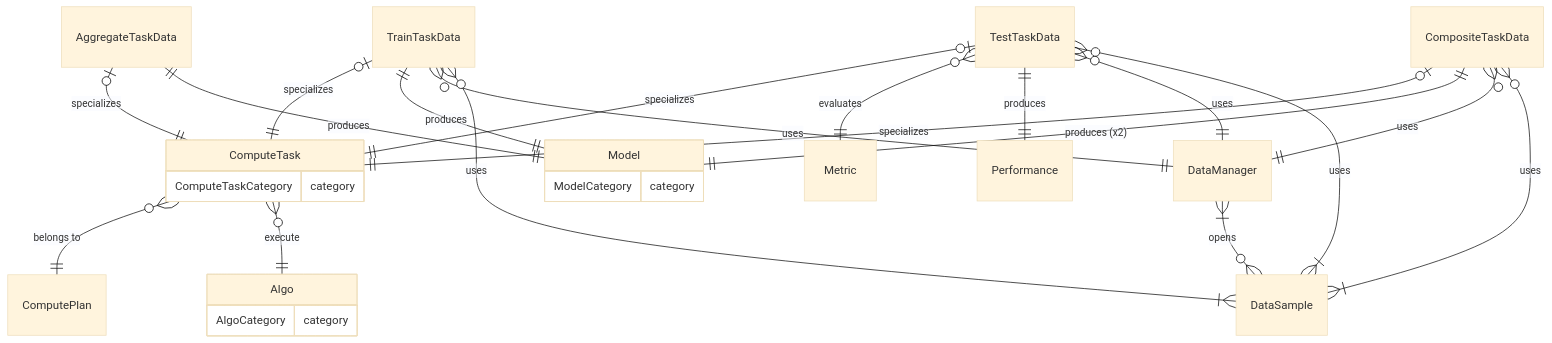
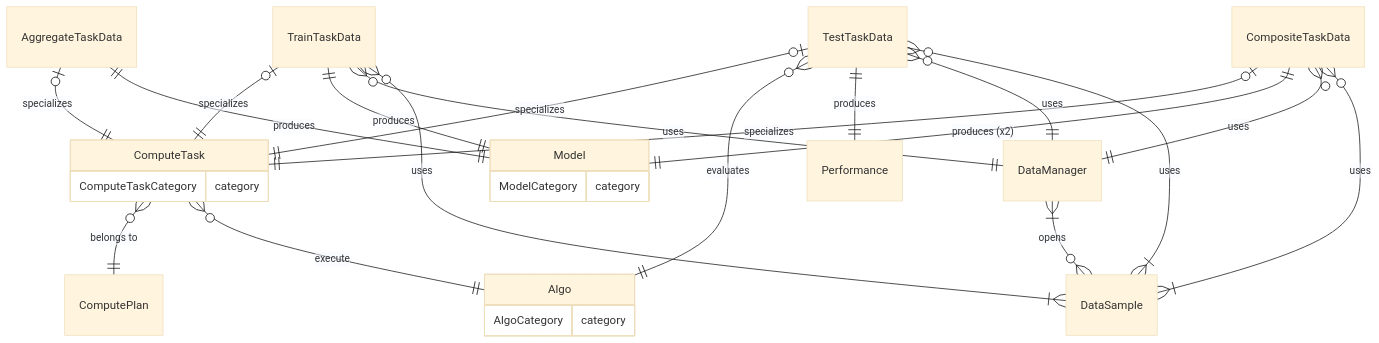
The diagram in docs/schemas/entities.mmd (Substra/orchestrator), drawn with Mermaid (base theme) before and after one commit. The commit also changed 7 other files, not shown here.

```diff
--- a/docs/schemas/entities.mmd
+++ b/docs/schemas/entities.mmd
@@ -1,34 +1,34 @@
 erDiagram
     DataManager }|--o{ DataSample : opens
     ComputeTask }o--|| ComputePlan : "belongs to"
     ComputeTask {
         ComputeTaskCategory category
     }
 
     ComputeTask }o--|| Algo : execute
     Algo {
         AlgoCategory category
     }
 
     TrainTaskData |o--|| ComputeTask: specializes
     TrainTaskData ||--|| Model: produces
     TrainTaskData }o--|| DataManager: uses
     TrainTaskData }o--|{ DataSample: uses
 
     TestTaskData |o--|| ComputeTask: specializes
-    TestTaskData }o--|| Metric : evaluates
+    TestTaskData }o--|| Algo : evaluates
     TestTaskData ||--|| Performance: produces
     TestTaskData }o--|| DataManager: uses
     TestTaskData }o--|{ DataSample: uses
 
     AggregateTaskData |o--|| ComputeTask: specializes
     AggregateTaskData ||--|| Model: produces
 
     CompositeTaskData |o--|| ComputeTask: specializes
     CompositeTaskData ||--|| Model: "produces (x2)"
     CompositeTaskData }o--|| DataManager: uses
     CompositeTaskData }o--|{ DataSample: uses
 
     Model {
         ModelCategory category
     }
```
